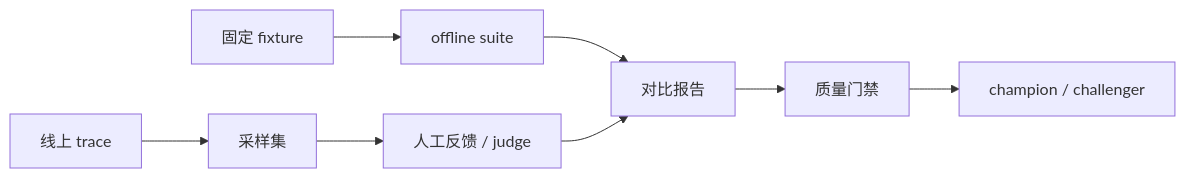
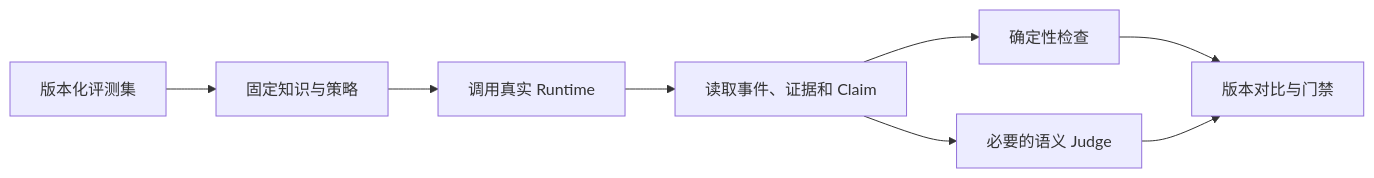
Before and after one commit to upJiang/jiang-blog-vitepress: the diagram in docs/agent-practice/16-agent-eval.md, drawn with Mermaid. The commit also changed other lines of this file and 164 other files, not shown here.

````diff
--- a/docs/agent-practice/16-agent-eval.md
+++ b/docs/agent-practice/16-agent-eval.md
@@ -105,10 +21,10 @@
 ```mermaid
 flowchart LR
-  F[固定 fixture] --> O[offline suite]
-  U[线上 trace] --> S[采样集]
-  S --> H[人工反馈 / judge]
-  O --> D[对比报告]
-  H --> D
-  D --> G[质量门禁]
-  G --> C[champion / challenger]
+  A[版本化评测集] --> B[固定知识与策略]
+  B --> C[调用真实 Runtime]
+  C --> D[读取事件、证据和 Claim]
+  D --> E[确定性检查]
+  D --> F[必要的语义 Judge]
+  E --> G[版本对比与门禁]
+  F --> G
 ```
````
